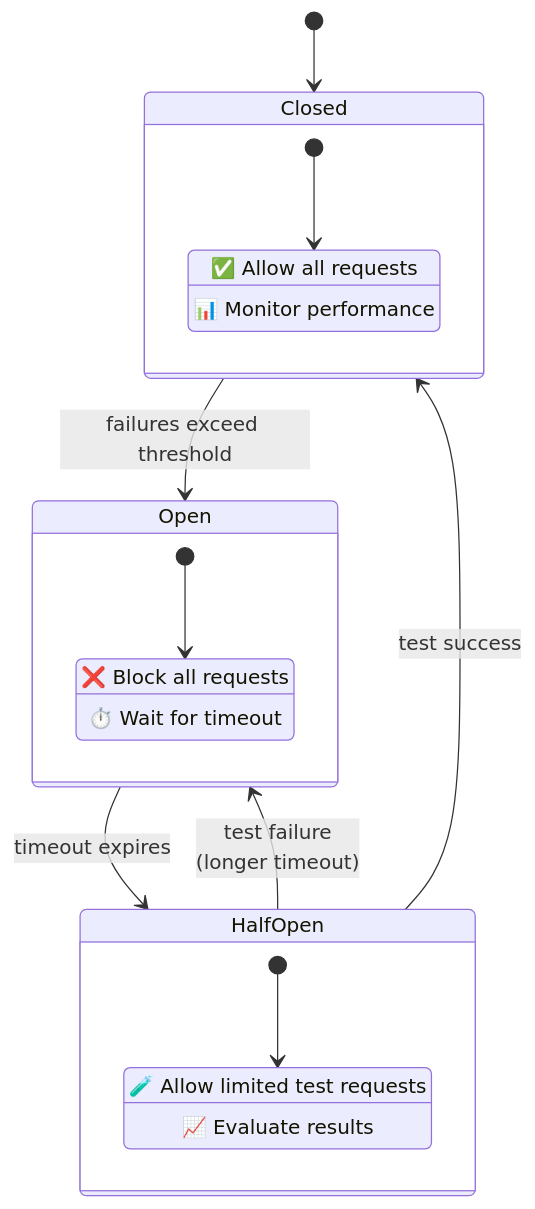
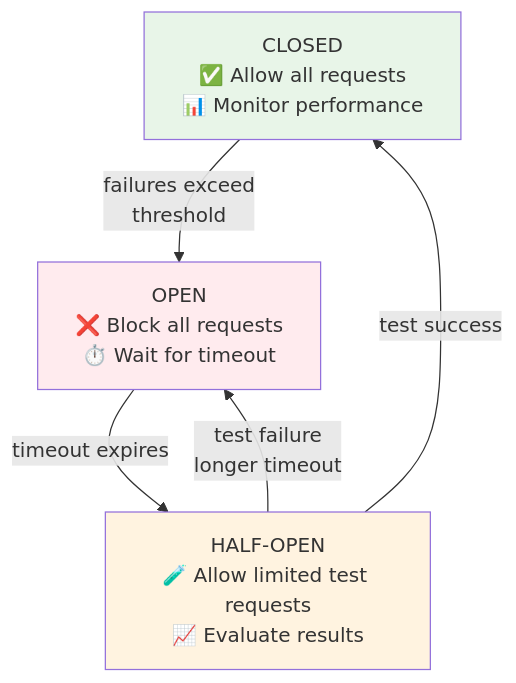
The first of 2 diagrams in docs/circuit-breaker.md (openintentsframework/oif-aggregator), drawn with Mermaid before and after one commit. The commit also changed other lines of this file, not shown here.

Commit message:
chore: fix diagram style

````diff
--- a/docs/circuit-breaker.md
+++ b/docs/circuit-breaker.md
@@ -13,26 +13,15 @@
 ```mermaid
-stateDiagram-v2
-    [*] --> Closed
-    Closed --> Open : failures exceed threshold
-    Open --> HalfOpen : timeout expires
-    HalfOpen --> Closed : test success
-    HalfOpen --> Open : test failure<br/>(longer timeout)
+graph TD
+    A[CLOSED<br/>✅ Allow all requests<br/>📊 Monitor performance] 
+    B[OPEN<br/>❌ Block all requests<br/>⏱️ Wait for timeout]
+    C[HALF-OPEN<br/>🧪 Allow limited test requests<br/>📈 Evaluate results]
     
-    state Closed {
-        [*] --> AllowRequests
-        AllowRequests : ✅ Allow all requests
-        AllowRequests : 📊 Monitor performance
-    }
+    A -->|failures exceed<br/>threshold| B
+    B -->|timeout expires| C
+    C -->|test success| A
+    C -->|test failure<br/>longer timeout| B
     
-    state Open {
-        [*] --> BlockRequests
-        BlockRequests : ❌ Block all requests
-        BlockRequests : ⏱️ Wait for timeout
-    }
-    
-    state HalfOpen {
-        [*] --> TestRequests
-        TestRequests : 🧪 Allow limited test requests
-        TestRequests : 📈 Evaluate results
-    }
+    style A fill:#e8f5e8
+    style B fill:#ffebee  
+    style C fill:#fff3e0
 ```
````
